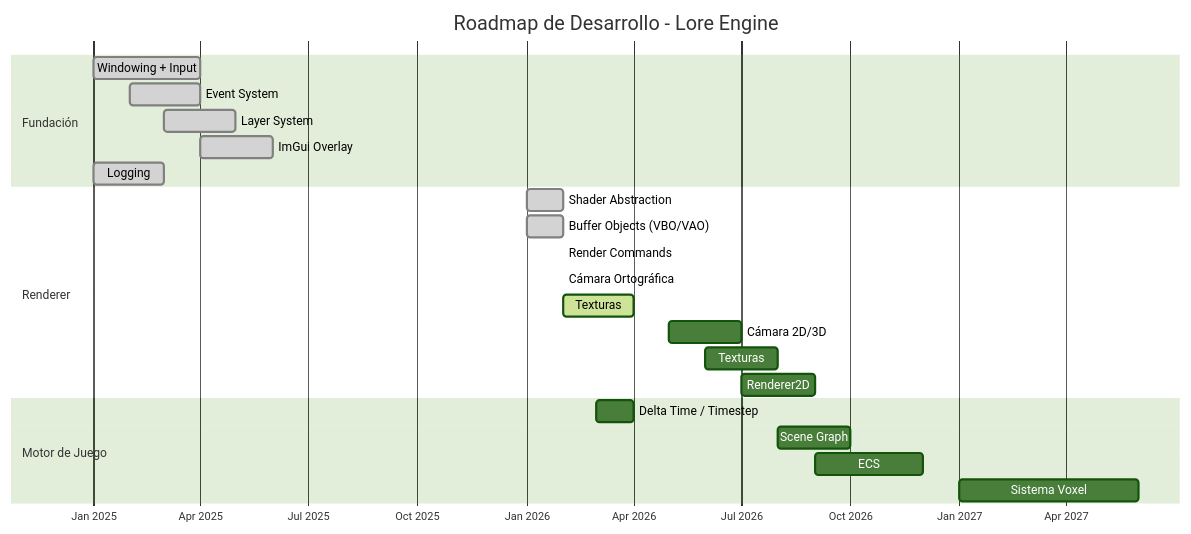
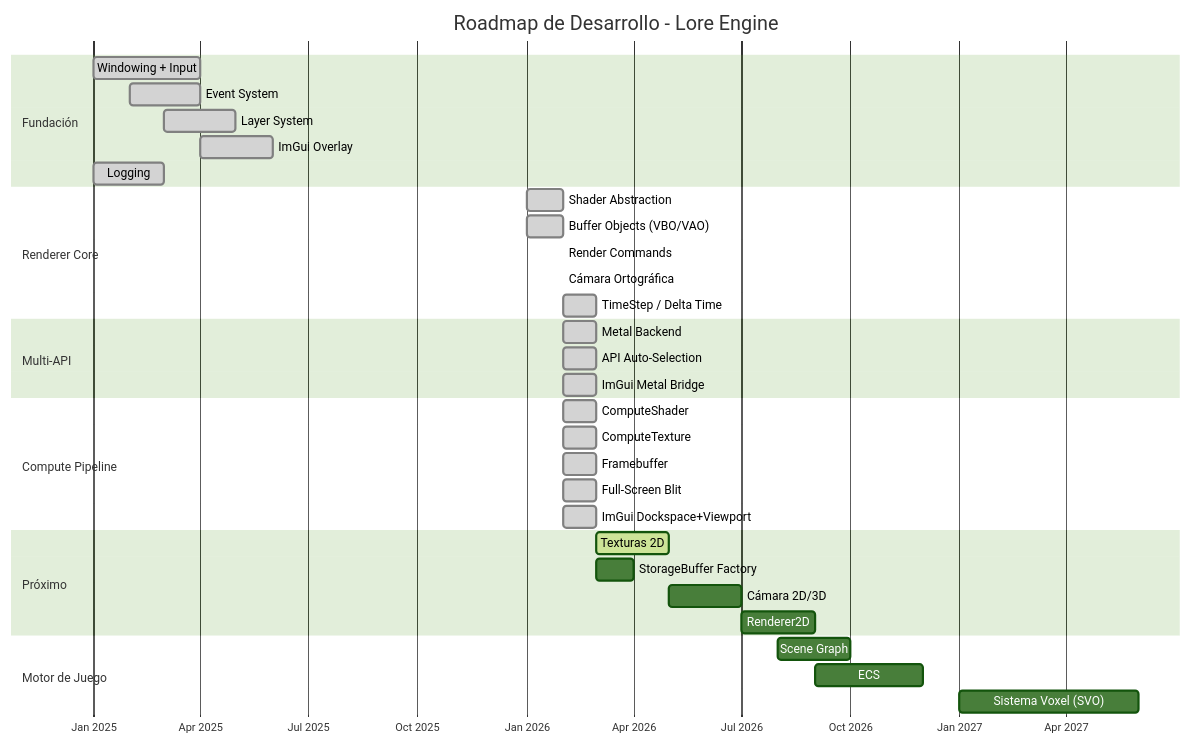
One commit to Tanque40/Lore changed the sixth of 6 diagrams in README.md. Above: the diagram before and after it, drawn with Mermaid (forest theme). The commit also changed other lines of this file and 5 other files, not shown here.

````diff
--- a/README.md
+++ b/README.md
@@ -626,29 +885,43 @@
 ```mermaid
 gantt
     title Roadmap de Desarrollo - Lore Engine
     dateFormat YYYY-MM
     axisFormat %b %Y
 
     section Fundación
     Windowing + Input         :done, 2025-01, 2025-04
     Event System              :done, 2025-02, 2025-04
     Layer System              :done, 2025-03, 2025-05
     ImGui Overlay             :done, 2025-04, 2025-06
     Logging                   :done, 2025-01, 2025-03
 
-    section Renderer
+    section Renderer Core
     Shader Abstraction        :done, 2026-01, 2026-02
     Buffer Objects (VBO/VAO)  :done, 2026-01, 2026-02
     Render Commands           :done, 2026-02, 2026-02
     Cámara Ortográfica        :done, 2026-02, 2026-02
-    Texturas                  :active, 2026-02, 2026-04
+    TimeStep / Delta Time     :done, 2026-02, 2026-03
+
+    section Multi-API
+    Metal Backend             :done, 2026-02, 2026-03
+    API Auto-Selection        :done, 2026-02, 2026-03
+    ImGui Metal Bridge        :done, 2026-02, 2026-03
+
+    section Compute Pipeline
+    ComputeShader             :done, 2026-02, 2026-03
+    ComputeTexture            :done, 2026-02, 2026-03
+    Framebuffer               :done, 2026-02, 2026-03
+    Full-Screen Blit          :done, 2026-02, 2026-03
+    ImGui Dockspace+Viewport  :done, 2026-02, 2026-03
+
+    section Próximo
+    Texturas 2D               :active, 2026-03, 2026-05
+    StorageBuffer Factory     : 2026-03, 2026-04
     Cámara 2D/3D              : 2026-05, 2026-07
-    Texturas                  : 2026-06, 2026-08
     Renderer2D                : 2026-07, 2026-09
 
     section Motor de Juego
-    Delta Time / Timestep     : 2026-03, 2026-04
     Scene Graph               : 2026-08, 2026-10
     ECS                       : 2026-09, 2026-12
-    Sistema Voxel             : 2027-01, 2027-06
+    Sistema Voxel (SVO)       : 2027-01, 2027-06
 ```
````
